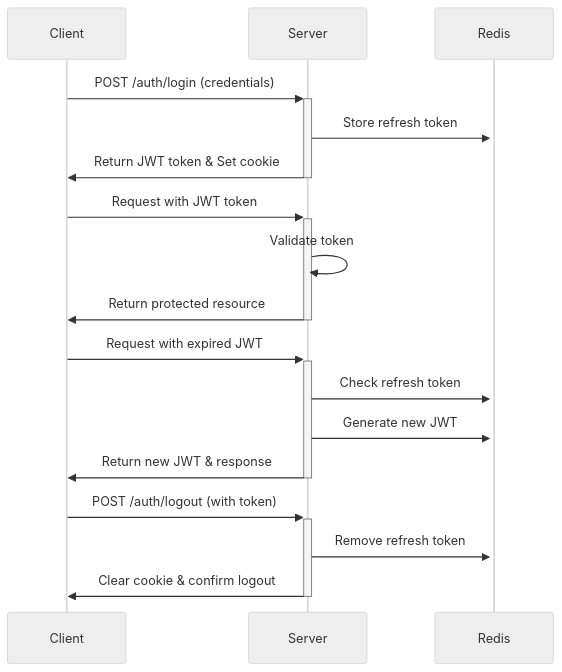
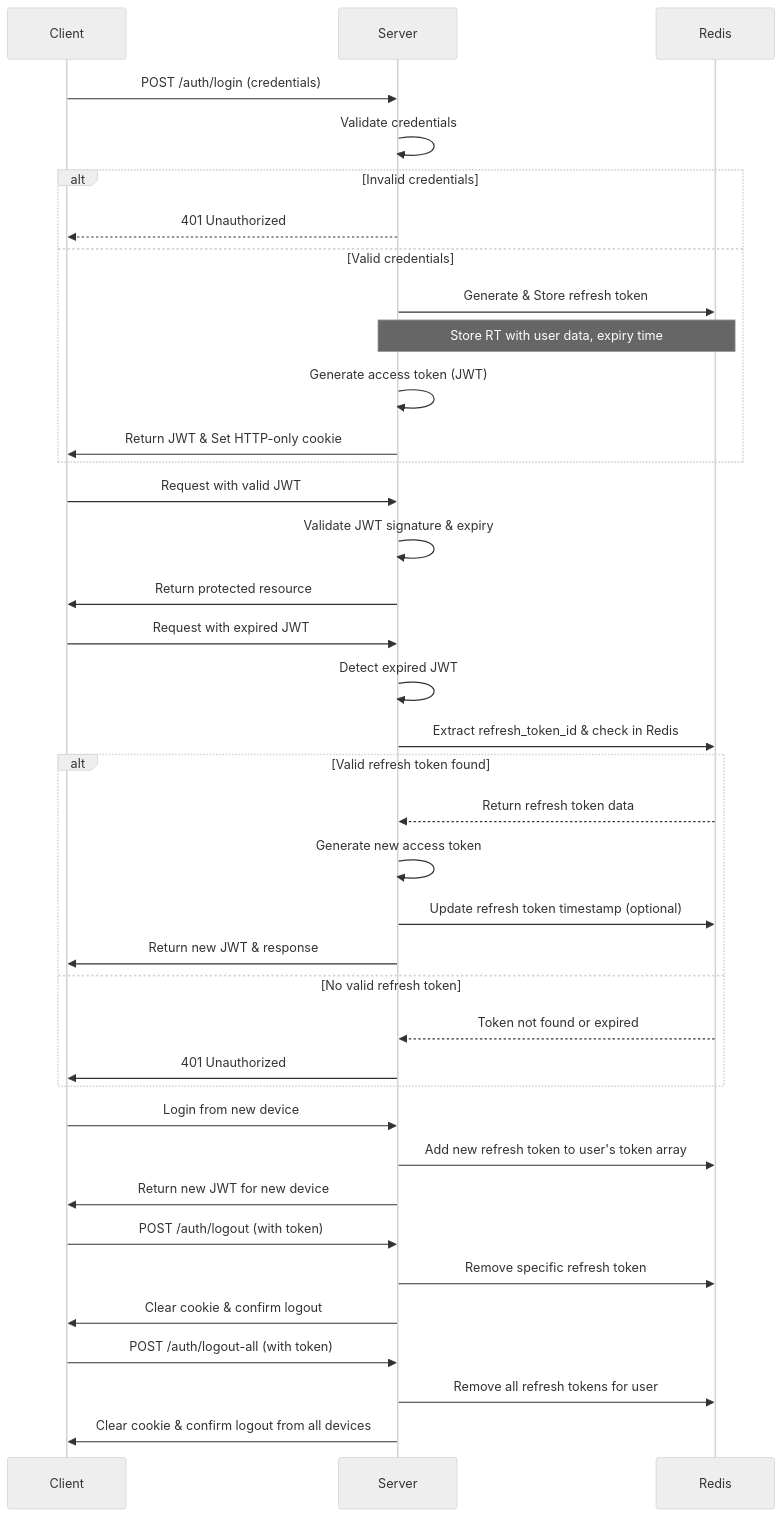
Before and after one commit to nakhaeizadeh2000/accounting-dashboard: the diagram in api/docs/AUTH.md, drawn with Mermaid (neutral theme). The commit also changed other lines of this file and 169 other files, not shown here.

````diff
--- a/api/docs/AUTH.md
+++ b/api/docs/AUTH.md
@@ -35,19 +66,46 @@
 ```mermaid
 sequenceDiagram
-    Client->>+Server: POST /auth/login (credentials)
-    Server->>+Redis: Store refresh token
-    Server->>-Client: Return JWT token & Set cookie
-
-    Client->>+Server: Request with JWT token
-    Server->>Server: Validate token
-    Server->>-Client: Return protected resource
-
-    Client->>+Server: Request with expired JWT
-    Server->>Redis: Check refresh token
-    Server->>Redis: Generate new JWT
-    Server->>-Client: Return new JWT & response
-
-    Client->>+Server: POST /auth/logout (with token)
-    Server->>Redis: Remove refresh token
-    Server->>-Client: Clear cookie & confirm logout
+    participant Client
+    participant Server
+    participant Redis
+    
+    Client->>Server: POST /auth/login (credentials)
+    Server->>Server: Validate credentials
+    alt Invalid credentials
+        Server-->>Client: 401 Unauthorized
+    else Valid credentials
+        Server->>Redis: Generate & Store refresh token
+        Note over Server,Redis: Store RT with user data, expiry time
+        Server->>Server: Generate access token (JWT)
+        Server->>Client: Return JWT & Set HTTP-only cookie
+    end
+    
+    Client->>Server: Request with valid JWT
+    Server->>Server: Validate JWT signature & expiry
+    Server->>Client: Return protected resource
+    
+    Client->>Server: Request with expired JWT
+    Server->>Server: Detect expired JWT
+    Server->>Redis: Extract refresh_token_id & check in Redis
+    alt Valid refresh token found
+        Redis-->>Server: Return refresh token data
+        Server->>Server: Generate new access token
+        Server->>Redis: Update refresh token timestamp (optional)
+        Server->>Client: Return new JWT & response
+    else No valid refresh token
+        Redis-->>Server: Token not found or expired
+        Server->>Client: 401 Unauthorized
+    end
+    
+    Client->>Server: Login from new device
+    Server->>Redis: Add new refresh token to user's token array
+    Server->>Client: Return new JWT for new device
+    
+    Client->>Server: POST /auth/logout (with token)
+    Server->>Redis: Remove specific refresh token
+    Server->>Client: Clear cookie & confirm logout
+    
+    Client->>Server: POST /auth/logout-all (with token)
+    Server->>Redis: Remove all refresh tokens for user
+    Server->>Client: Clear cookie & confirm logout from all devices
 ```
````
